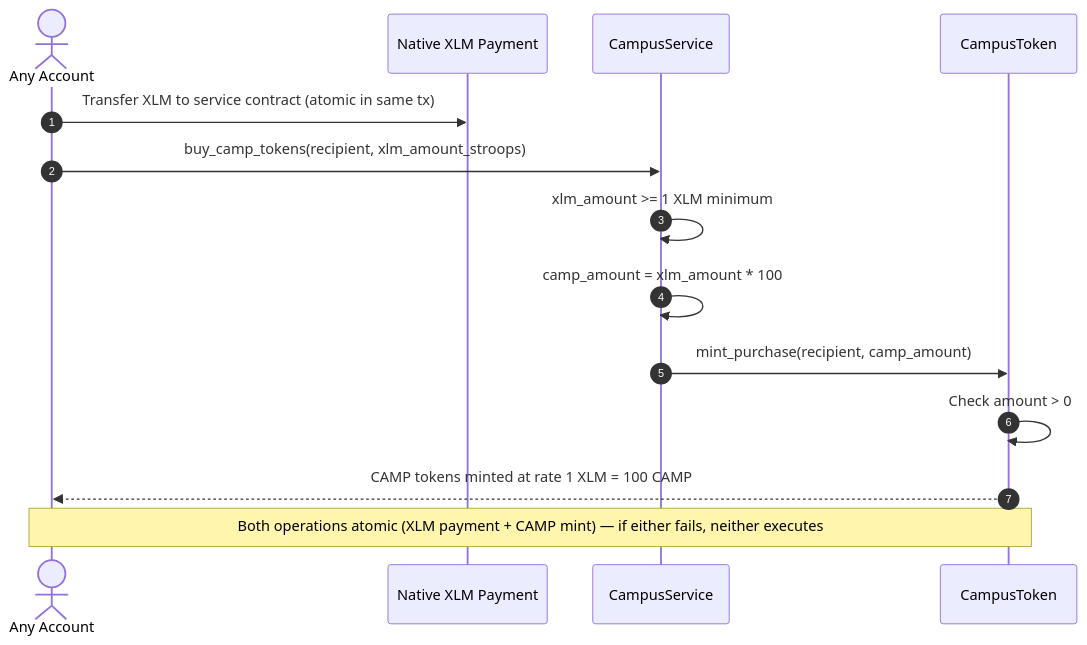
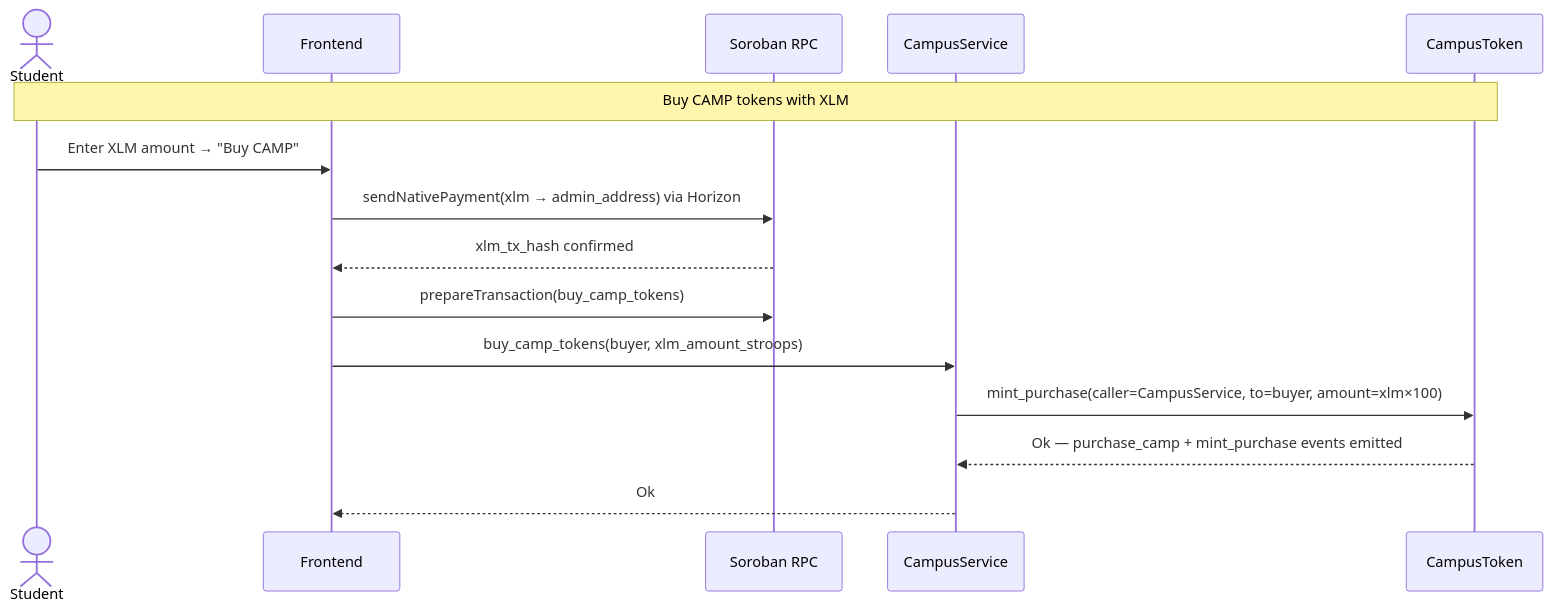
Before and after one commit to sandipansingh/CampusChain: the third of 3 diagrams in README.md, drawn with Mermaid. The commit also changed other lines of this file and 3 other files, not shown here.

````diff
--- a/README.md
+++ b/README.md
@@ -106,17 +229,19 @@
 ```mermaid
 sequenceDiagram
-    autonumber
-    actor User as Any Account
-    participant PN as Native XLM Payment
-    participant SC as CampusService
-    participant TC as CampusToken
+    actor Student
+    participant FE as Frontend
+    participant RPC as Soroban RPC
+    participant CS as CampusService
+    participant CT as CampusToken
 
-    User->>PN: Transfer XLM to service contract (atomic in same tx)
-    User->>SC: buy_camp_tokens(recipient, xlm_amount_stroops)
-    SC->>SC: xlm_amount >= 1 XLM minimum
-    SC->>SC: camp_amount = xlm_amount * 100
-    SC->>TC: mint_purchase(recipient, camp_amount)
-    TC->>TC: Check amount > 0
-    TC-->>User: CAMP tokens minted at rate 1 XLM = 100 CAMP
-    Note over User,TC: Both operations atomic (XLM payment + CAMP mint) — if either fails, neither executes
+    Note over Student,CT: Buy CAMP tokens with XLM
+
+    Student->>FE: Enter XLM amount → "Buy CAMP"
+    FE->>RPC: sendNativePayment(xlm → admin_address) via Horizon
+    RPC-->>FE: xlm_tx_hash confirmed
+    FE->>RPC: prepareTransaction(buy_camp_tokens)
+    FE->>CS: buy_camp_tokens(buyer, xlm_amount_stroops)
+    CS->>CT: mint_purchase(caller=CampusService, to=buyer, amount=xlm×100)
+    CT-->>CS: Ok — purchase_camp + mint_purchase events emitted
+    CS-->>FE: Ok
 ```
````
